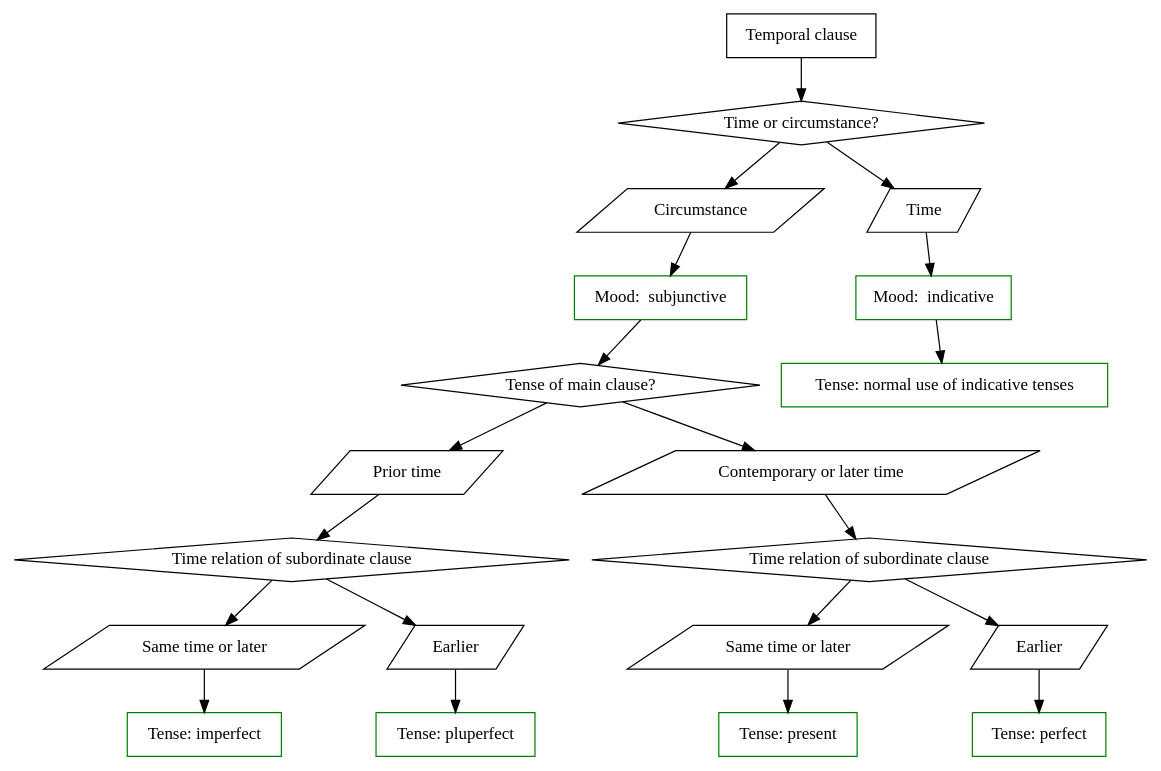
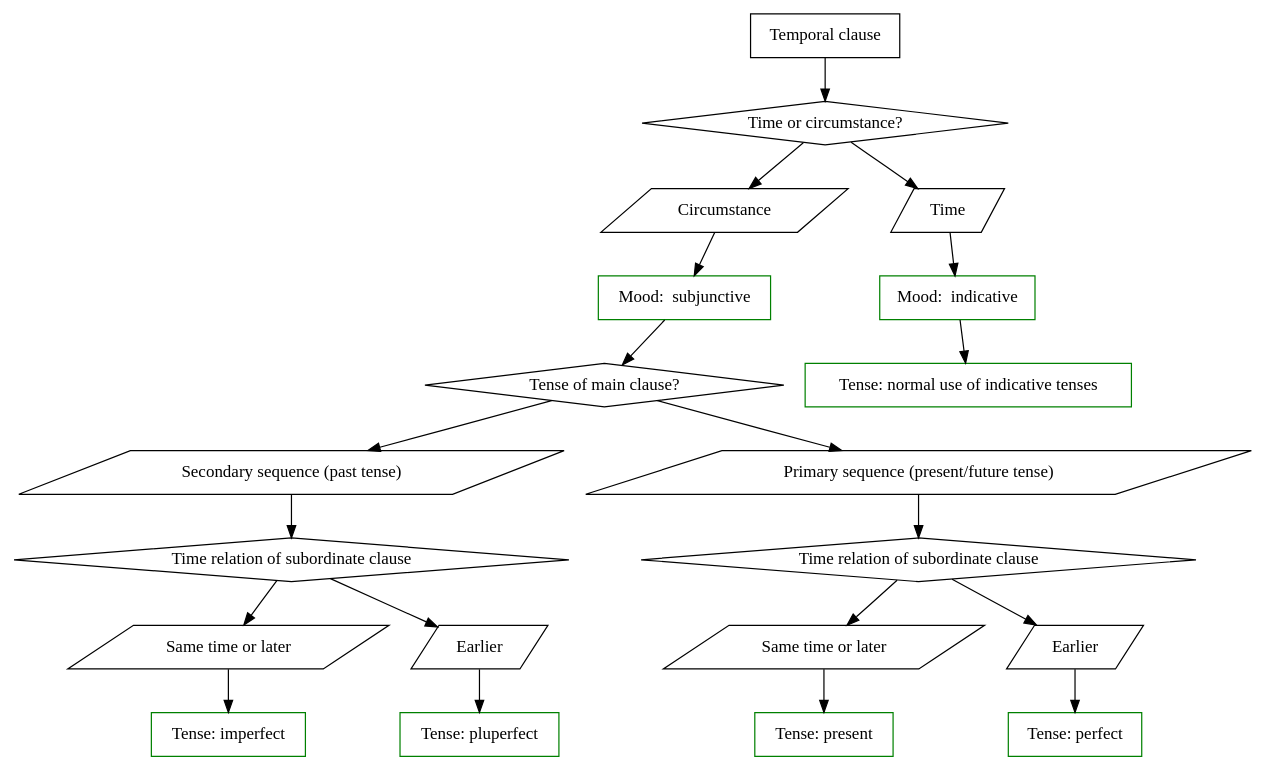
Before and after one commit to neelsmith/latin102: the diagram in S21-04/slides/seqoftenses.dot, drawn with Graphviz.

Commit message:
Better labels

```diff
--- a/S21-04/slides/seqoftenses.dot
+++ b/S21-04/slides/seqoftenses.dot
@@ -1,92 +1,92 @@
 digraph sot {
     node [fontname = "Handlee"];
     edge [fontname = "Handlee"];
 
 	Clause -> Time_or_circumstance;
     Time_or_circumstance -> Circumstance;
     Time_or_circumstance -> Time;
 
     
     
     Circumstance -> Subjunctive;
     Indicative -> Normal_use_of_indicative_tense;
     Subjunctive ->  Tense_of_main_clause;
     Tense_of_main_clause -> Past;
     Tense_of_main_clause -> Present_or_future;
     Present_or_future -> primary_time;
 
     primary_time -> Primary_contemporary;
     primary_time -> Primary_earlier;
 
     Past -> secondary_time;
     secondary_time -> Secondary_contemporary;
     secondary_time -> Secondary_earlier;
     
 
     Primary_contemporary -> Present;
     Primary_earlier -> Perfect;
     Secondary_contemporary -> Imperfect;
     Secondary_earlier -> Pluperfect;
 
     Time -> Indicative;
 
 	Clause [shape=box];
     
     Time [shape=parallelogram];
     Circumstance [shape=parallelogram];
     Subjunctive [shape=box, color=green];
 
     Indicative [shape=box, color=green];
 	Normal_use_of_indicative_tense [shape=box];
     Normal_use_of_indicative_tense [label="Tense: normal use of indicative tenses"]
     Normal_use_of_indicative_tense[color=green];
 
 
     Time_or_circumstance [ label = "Time or circumstance?"]
     Time_or_circumstance [shape=diamond];
 
     Tense_of_main_clause [ label = "Tense of main clause?"]
     Tense_of_main_clause [shape = diamond];
 
     Past [shape = parallelogram];
-    Past [label = "Prior time"];
+    Past [label = "Secondary sequence (past tense)"];
     Present_or_future [shape = parallelogram];
-    Present_or_future [label = "Contemporary or later time"];
+    Present_or_future [label = "Primary sequence (present/future tense)"];
 
     secondary_time [label= "Time relation of subordinate clause"]
     secondary_time [shape=diamond];
 
     Secondary_contemporary[shape = parallelogram];
     Secondary_contemporary[label = "Same time or later"];
     Secondary_earlier[shape=parallelogram];
     Secondary_earlier[label="Earlier"];
 
     primary_time [label= "Time relation of subordinate clause"]
     primary_time [shape=diamond];
 
     Primary_contemporary[shape = parallelogram];
     Primary_contemporary[label = "Same time or later"];
     Primary_earlier[shape=parallelogram];
     Primary_earlier[label="Earlier"];
 
 
     Present_or_future[shape=parallelogram];
-    Present_or_future[label="Contemporary or later time"];
+    Present_or_future[label="Primary sequence (present/future tense)"];
 
 
     
 
     Present[shape=box, color=green];
     Present[label="Tense: present"];
     Imperfect[shape=box, color=green];
     Imperfect[label="Tense: imperfect"];
     Perfect[shape=box, color=green];
     Perfect[label="Tense: perfect"];
     Pluperfect[shape=box, color=green];
     Pluperfect[label="Tense: pluperfect"];
 
     Subjunctive[label = "Mood:  subjunctive"]
     Indicative[label = "Mood:  indicative"]
 
     Clause[label = "Temporal clause"]
 }
```
